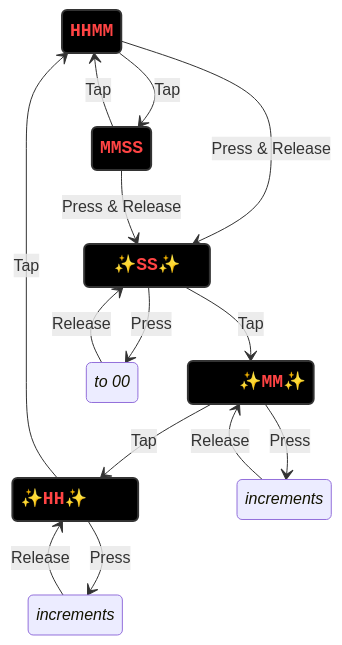
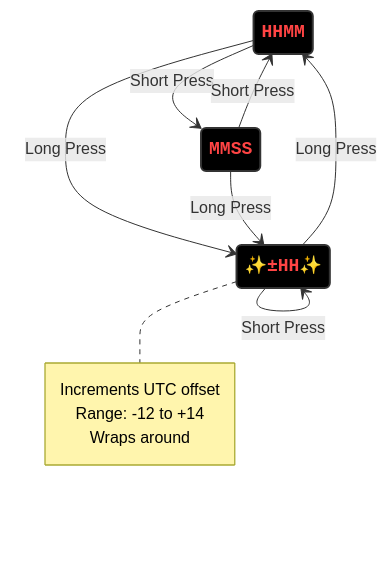
The diagram in README.md (CarlKCarlK/clock-wifi), drawn with Mermaid before and after one commit. The commit also changed other lines of this file and 1 other file, not shown here.

````diff
--- a/README.md
+++ b/README.md
@@ -16,36 +28,26 @@
 ```mermaid
 stateDiagram-v2
 
    %% Style overrides
 
     style HoursMinutes fill:#000,stroke:#333,stroke-width:2px,color:#ff4444,font-family:"Courier New",font-size:18px,font-weight:bold
     style MinutesSeconds fill:#000,stroke:#333,stroke-width:2px,color:#ff4444,font-family:"Courier New",font-size:18px,font-weight:bold
-    style ShowSeconds fill:#000,stroke:#333,stroke-width:2px,color:#ff4444,font-family:"Courier New",font-size:18px,font-weight:bold
-    style ShowMinutes fill:#000,stroke:#333,stroke-width:2px,color:#ff4444,font-family:"Courier New",font-size:18px,font-weight:bold    
-    style ShowHours fill:#000,stroke:#333,stroke-width:2px,color:#ff4444,font-family:"Courier New",font-size:18px,font-weight:bold
-    
+    style EditUtcOffset fill:#000,stroke:#333,stroke-width:2px,color:#ff4444,font-family:"Courier New",font-size:18px,font-weight:bold
 
-    HoursMinutes --> MinutesSeconds : Tap
-    MinutesSeconds --> HoursMinutes : Tap
-    HoursMinutes --> ShowSeconds : Press & Release
-    MinutesSeconds --> ShowSeconds : Press & Release
-    ShowSeconds --> ShowMinutes : Tap
-    ShowSeconds --> EditSeconds : Press
-    EditSeconds --> ShowSeconds : Release
-    ShowMinutes --> ShowHours : Tap
-    ShowMinutes --> EditMinutes : Press
-    EditMinutes --> ShowMinutes : Release
-    ShowHours --> HoursMinutes : Tap
-    ShowHours --> EditHours : Press
-    EditHours --> ShowHours : Release
+    HoursMinutes --> MinutesSeconds : Short Press
+    MinutesSeconds --> HoursMinutes : Short Press
+    HoursMinutes --> EditUtcOffset : Long Press
+    MinutesSeconds --> EditUtcOffset : Long Press
+    EditUtcOffset --> EditUtcOffset : Short Press
+    EditUtcOffset --> HoursMinutes : Long Press
 
     HoursMinutes: HHMM
     MinutesSeconds: MMSS
-    state "&nbsp;&nbsp;✨SS✨&nbsp;&nbsp;" as ShowSeconds
-    EditSeconds: *to 00*
-    state "&nbsp;&nbsp;&nbsp;&nbsp;✨MM✨" as ShowMinutes    
-    EditMinutes: *increments*
-    state "✨HH✨&nbsp;&nbsp;&nbsp;&nbsp;" as ShowHours
-    EditHours: *increments*
+    state "✨±HH✨" as EditUtcOffset
+    note right of EditUtcOffset
+        Increments UTC offset
+        Range: -12 to +14
+        Wraps around
+    end note
 
 ```
````
